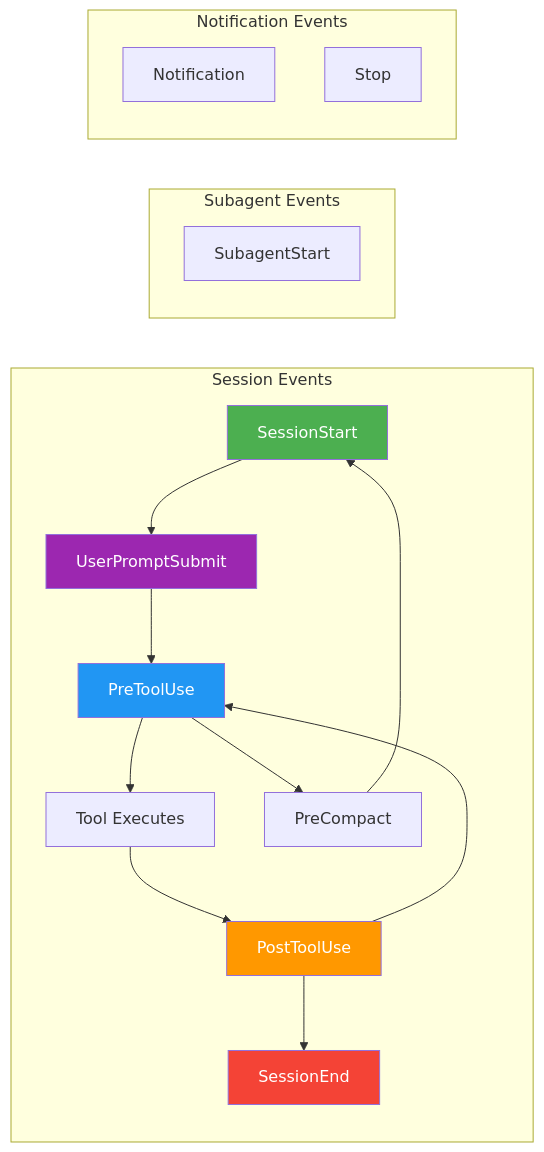
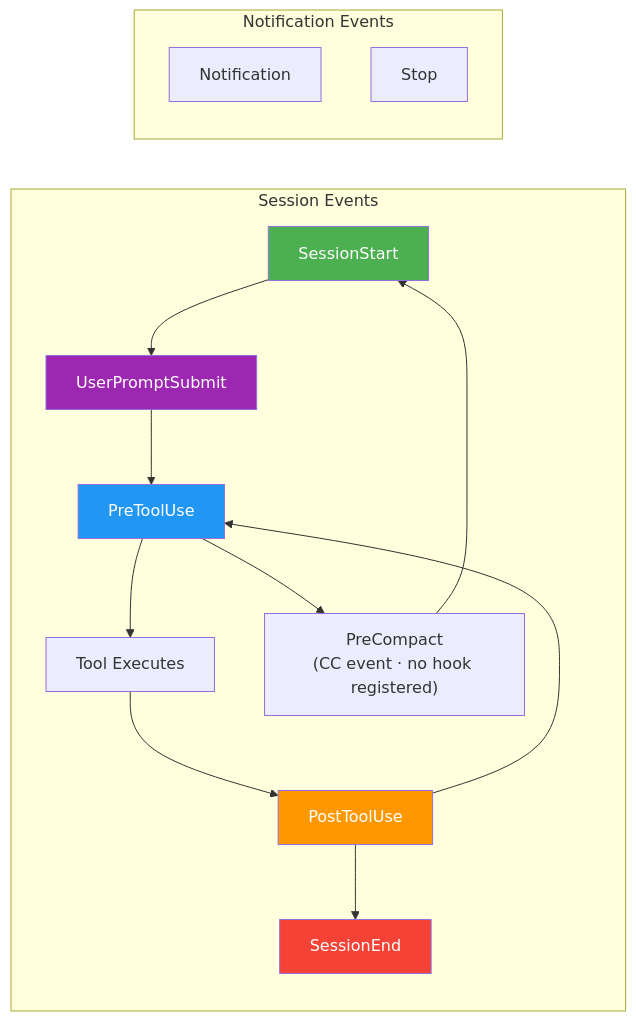
Before and after one commit to duc01226/EasyPlatform: the third of 20 diagrams in .claude/docs/claude-ai-agent-framework-guide.md, drawn with Mermaid. The commit also changed other lines of this file and 1280 other files, not shown here.

````diff
--- a/.claude/docs/claude-ai-agent-framework-guide.md
+++ b/.claude/docs/claude-ai-agent-framework-guide.md
@@ -243,28 +246,28 @@
 ```mermaid
 graph LR
     subgraph "Session Events"
         SS[SessionStart] --> UPS[UserPromptSubmit]
         UPS --> PTU[PreToolUse]
         PTU --> TOOL[Tool Executes]
         TOOL --> POTU[PostToolUse]
         POTU --> PTU
-        PTU --> PC[PreCompact]
+        PTU --> PC["PreCompact<br/>(CC event · no hook registered)"]
         PC --> SS
         POTU --> SE[SessionEnd]
-    end
-
-    subgraph "Subagent Events"
-        SAS[SubagentStart]
     end
 
     subgraph "Notification Events"
         N[Notification]
         STOP[Stop]
     end
 
+    %% No SubagentStart hook — sub-agent context is static in agents/*.md
+    %% PreCompact is an available Claude Code event but this framework registers NO PreCompact
+    %% hook — compaction recovery is static re-anchoring (re-read CLAUDE.md / SKILL.md, TaskList).
+
     style SS fill:#4CAF50,color:white
     style SE fill:#f44336,color:white
     style PTU fill:#2196F3,color:white
     style POTU fill:#FF9800,color:white
     style UPS fill:#9C27B0,color:white
 ```
````
